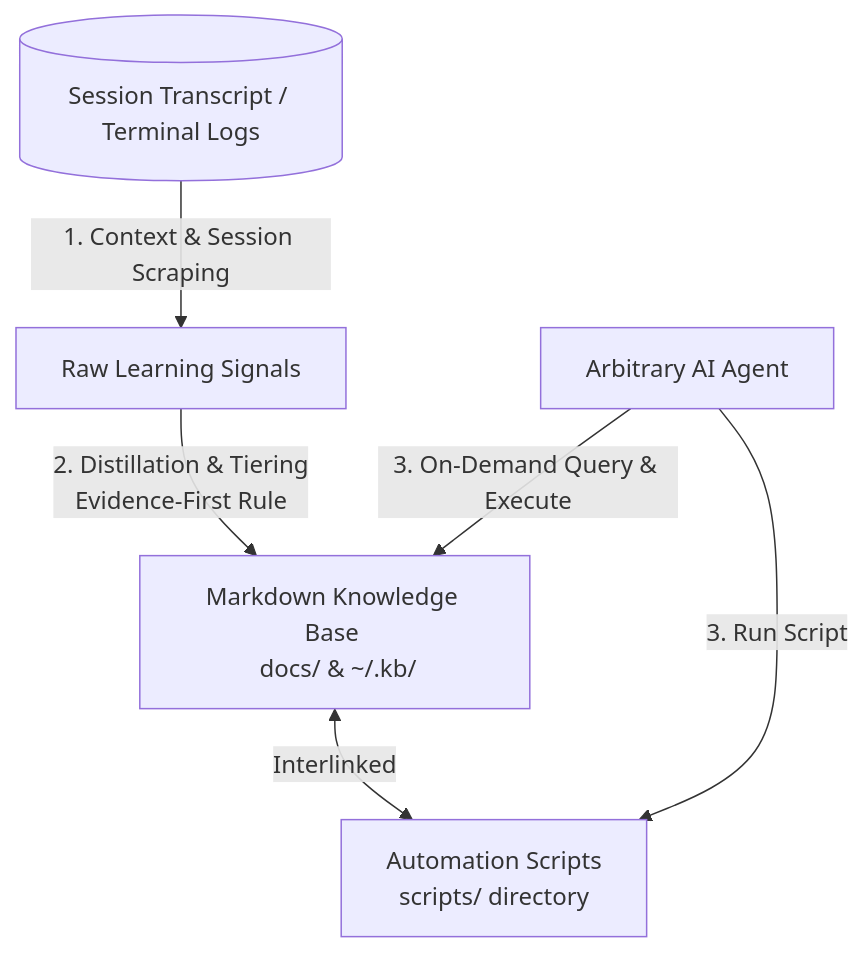
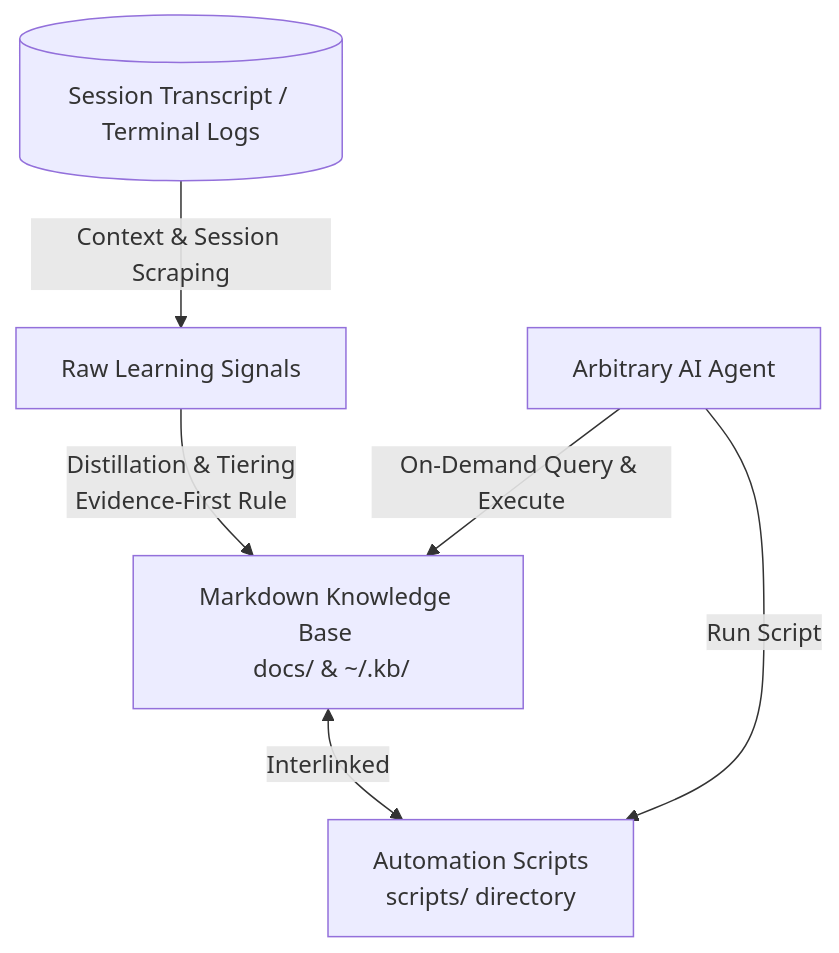
Before and after one commit to xdflatline/quartz: the second of 2 diagrams in content/Research/agent-self-improvement.md, drawn with Mermaid. The commit also changed other lines of this file, not shown here.

Commit message:
fix(research): drop decorative numbering from mermaid edge labels
Two diagrams in agent-self-improvement.md used numbered prefixes
on edge labels (e.g. '1. Hybrid Query via kb'). Mermaid renders
those as list triggers and the labels break in the rendered SVG.

Verifier now reports 0 list-trigger labels across the content tree.

````diff
--- a/content/Research/agent-self-improvement.md
+++ b/content/Research/agent-self-improvement.md
@@ -76,8 +76,8 @@
 ```mermaid
 flowchart TD
-    Logs[(Session Transcript / Terminal Logs)] -->|1. Context & Session Scraping| Signals[Raw Learning Signals]
-    Signals -->|2. Distillation & Tiering <br> Evidence-First Rule| KB[Markdown Knowledge Base <br> docs/ & ~/.kb/]
+    Logs[(Session Transcript / Terminal Logs)] -->|Context & Session Scraping| Signals[Raw Learning Signals]
+    Signals -->|Distillation & Tiering <br> Evidence-First Rule| KB[Markdown Knowledge Base <br> docs/ & ~/.kb/]
     KB <-->|Interlinked| Scripts[Automation Scripts <br> scripts/ directory]
-    Agent[Arbitrary AI Agent] -->|3. On-Demand Query & Execute| KB
-    Agent -->|3. Run Script| Scripts
+    Agent[Arbitrary AI Agent] -->|On-Demand Query & Execute| KB
+    Agent -->|Run Script| Scripts
 ```
````
